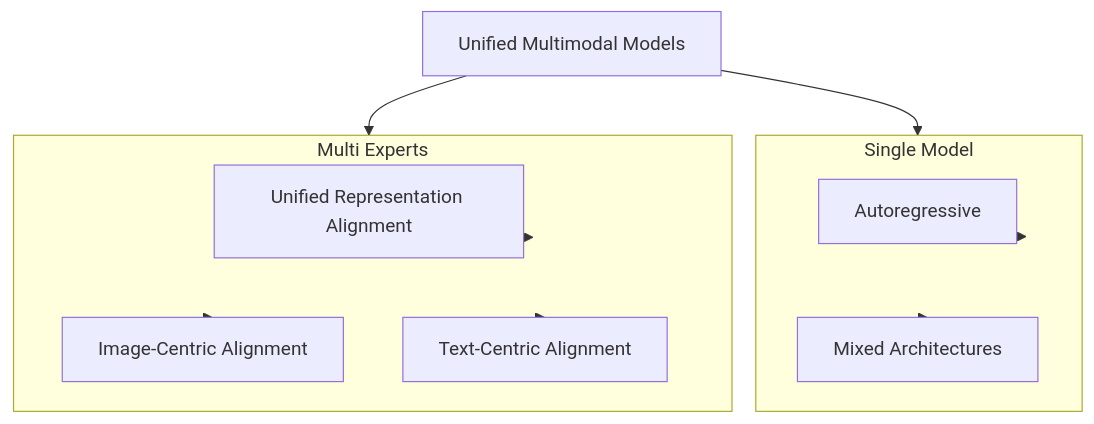
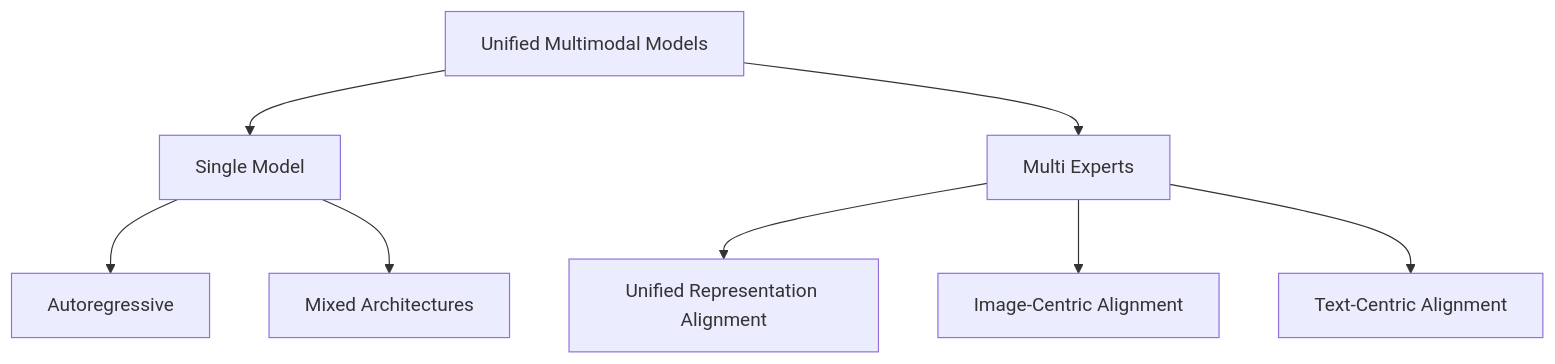
One commit to sungsoo-ahn/2025 changed the second of 3 diagrams in _posts/2025-04-28-unified-models.md. Above: the diagram before and after it, drawn with Mermaid. The commit also changed other lines of this file, not shown here.

Commit message:
2025-04-28-unified-models

```diff
--- a/_posts/2025-04-28-unified-models.md
+++ b/_posts/2025-04-28-unified-models.md
@@ -151,26 +151,22 @@
 {% mermaid %}
 graph TD
     %% 顶层
     A[Unified Multimodal Models]
 
     %% 第二层
-    subgraph Single_Model [Single Model]
-        B1[Autoregressive]
-        B2[Mixed Architectures]
-    end
+    B[Single Model]
+    C[Multi Experts]
 
-    subgraph Multi_Experts [Multi Experts]
-        C1[Unified Representation Alignment]
-        C2[Image-Centric Alignment]
-        C3[Text-Centric Alignment]
-    end
+    %% 第三层 - Single Model
+    B --> D[Autoregressive]
+    B --> E[Mixed Architectures]
+
+    %% 第三层 - Multi Experts
+    C --> F[Unified Representation Alignment]
+    C --> G[Image-Centric Alignment]
+    C --> H[Text-Centric Alignment]
 
     %% 连接关系
-    A --> Single_Model
-    A --> Multi_Experts
-    Single_Model --> B1
-    Single_Model --> B2
-    Multi_Experts --> C1
-    Multi_Experts --> C2
-    Multi_Experts --> C3
+    A --> B
+    A --> C
 {% endmermaid %}
```
